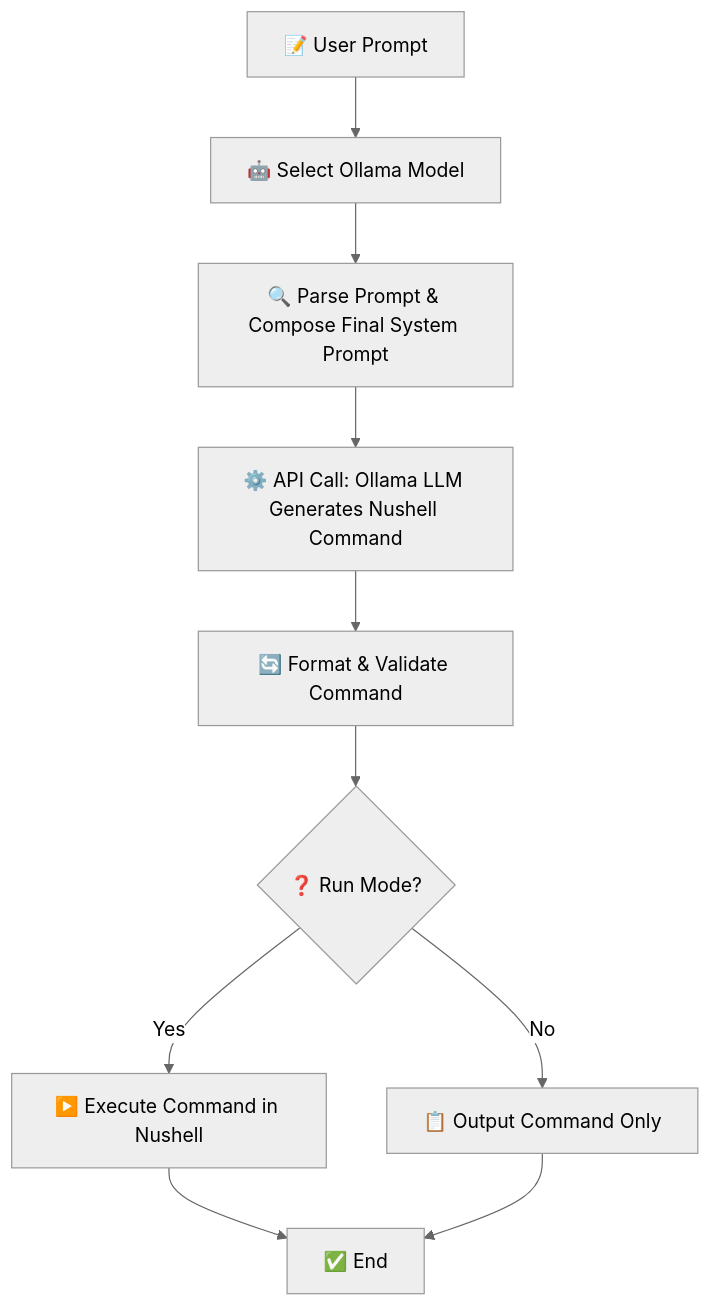
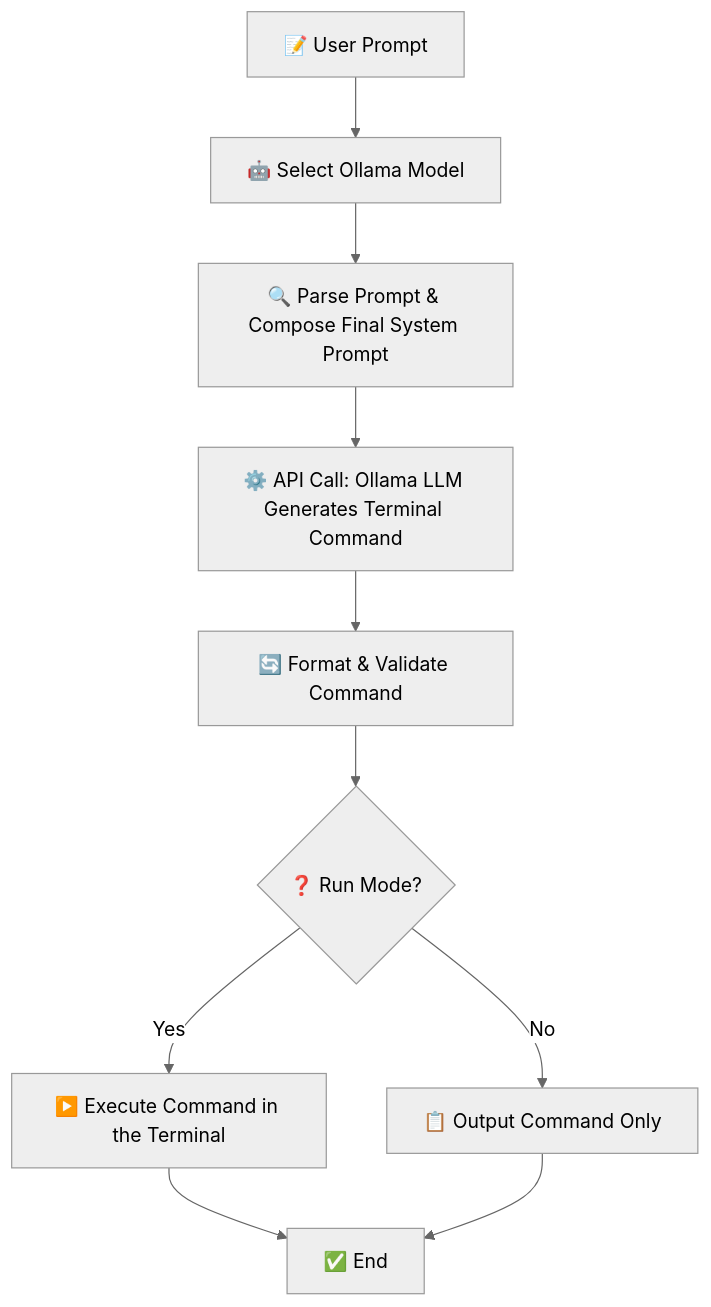
The diagram in README.md (mmycin/commander), drawn with Mermaid (neutral theme) before and after one commit. The commit also changed other lines of this file and 1 other file, not shown here.

````diff
--- a/README.md
+++ b/README.md
@@ -64,12 +63,12 @@
 ```mermaid
 flowchart TD
   A[📝 User Prompt] --> B[🤖 Select Ollama Model]
   B --> C[🔍 Parse Prompt & Compose Final System Prompt]
-  C --> D[⚙️ API Call: Ollama LLM Generates Nushell Command]
+  C --> D[⚙️ API Call: Ollama LLM Generates Terminal Command]
   D --> E[🔄 Format & Validate Command]
   E --> F{❓ Run Mode?}
-  F -->|Yes| G[▶️ Execute Command in Nushell]
+  F -->|Yes| G[▶️ Execute Command in the Terminal]
   F -->|No| H[📋 Output Command Only]
   G --> I[📊 Show Output / Errors]
   H --> I[✅ End]
 ```
````
